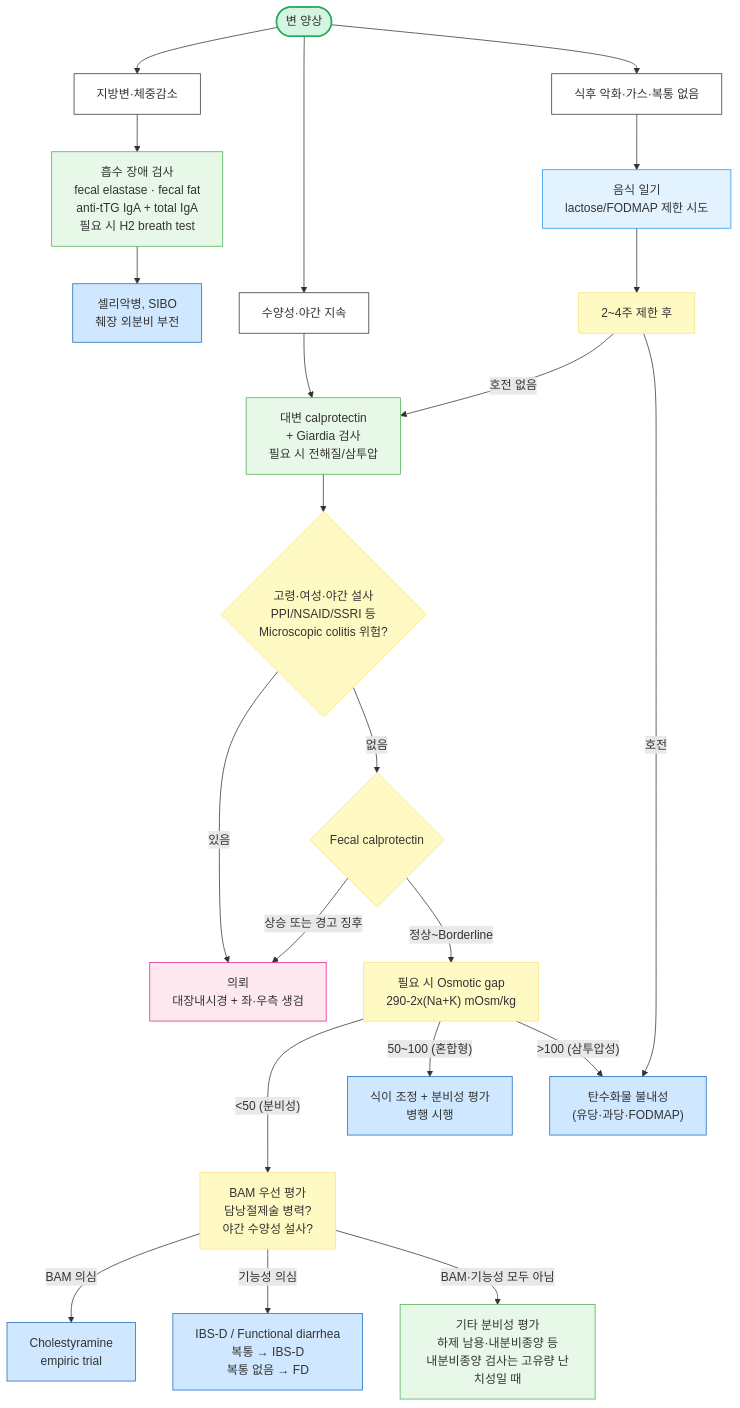
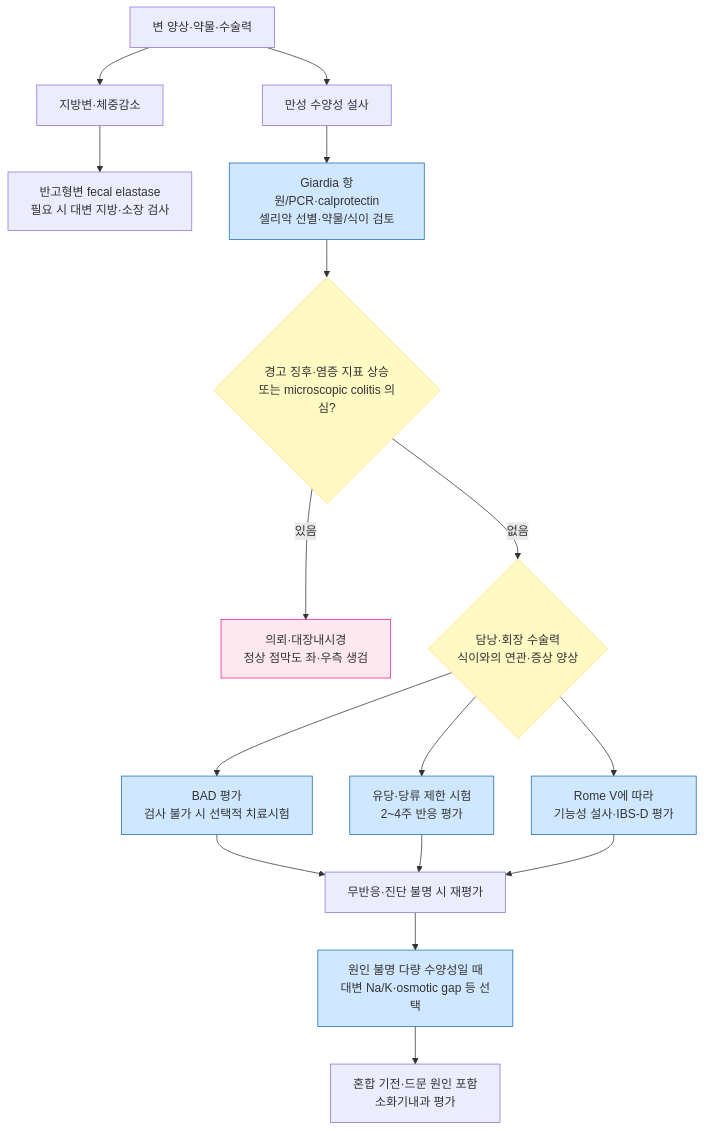
One commit to familyoh77/familyoh77 changed the second of 2 diagrams in 224_/084_-chronic-diarrhea.md. Above: the diagram before and after it, drawn with Mermaid. The commit also changed other lines of this file and 13 other files, not shown here.

````diff
--- a/224_/084_-chronic-diarrhea.md
+++ b/224_/084_-chronic-diarrhea.md
@@ -213,34 +217,23 @@
 ```mermaid
 graph TD
-    Phenotype(["변 양상"]) --> A["지방변·체중감소"] --> Malabs["흡수 장애 검사<br/>fecal elastase · fecal fat<br/>anti-tTG IgA + total IgA<br/>필요 시 H2 breath test"]
-    Phenotype --> B["수양성·야간 지속"] --> WateryDD["대변 calprotectin<br/>+ Giardia 검사<br/>필요 시 전해질/삼투압"]
-    Phenotype --> C["식후 악화·가스·복통 없음"] --> OsmoDD["음식 일기<br/>lactose/FODMAP 제한 시도"]
-    OsmoDD --> OsmoResult["2~4주 제한 후"]
-    OsmoResult -- "호전 없음" --> WateryDD
-    Malabs --> MalabsDx["셀리악병, SIBO<br/>췌장 외분비 부전"]
-    WateryDD --> MCRisk{"고령·여성·야간 설사<br/>PPI/NSAID/SSRI 등<br/>Microscopic colitis 위험?"}
-    MCRisk -- "있음" --> IBDRef["의뢰<br/>대장내시경 + 좌·우측 생검"]
-    MCRisk -- "없음" --> FCResult{"Fecal calprotectin"}
-    FCResult -- "상승 또는 경고 징후" --> IBDRef
-    FCResult -- "정상~Borderline" --> OsmoGap["필요 시 Osmotic gap<br/>290-2x(Na+K) mOsm/kg"]
-    OsmoGap -- "<50 (분비성)" ---> BAMFirst["BAM 우선 평가<br/>담낭절제술 병력?<br/>야간 수양성 설사?"]
-    BAMFirst -- "BAM 의심" --> CholTrial["Cholestyramine<br/>empiric trial"]
-    BAMFirst -- "기능성 의심" --> Functional["IBS-D / Functional diarrhea<br/>복통 → IBS-D<br/>복통 없음 → FD"]
-    BAMFirst -- "BAM·기능성 모두 아님" --> Secretory2["기타 분비성 평가<br/>하제 남용·내분비종양 등<br/>내분비종양 검사는 고유량 난치성일 때"]
-    OsmoGap -- "50~100 (혼합형)" --> MixedEval["식이 조정 + 분비성 평가<br/>병행 시행"]
-    OsmoResult -- "호전" --> OsmoDx["탄수화물 불내성<br/>(유당·과당·FODMAP)"]
-    OsmoGap -- ">100 (삼투압성)" --> OsmoDx
-classDef white fill:#fff,stroke:#333
-class A,B,C white
-style Phenotype fill:#d5f5e3,stroke:#27ae60,stroke-width:2px
+    Phenotype["변 양상·약물·수술력"] --> A["지방변·체중감소"]
+    A --> Malabs["반고형변 fecal elastase<br/>필요 시 대변 지방·소장 검사"]
+    Phenotype --> Watery["만성 수양성 설사"]
+    Watery --> Initial["Giardia 항원/PCR·calprotectin<br/>셀리악 선별·약물/식이 검토"]
+    Initial --> Alarm{"경고 징후·염증 지표 상승<br/>또는 microscopic colitis 의심?"}
+    Alarm -->|있음| Scope["의뢰·대장내시경<br/>정상 점막도 좌·우측 생검"]
+    Alarm -->|없음| Risks{"담낭·회장 수술력<br/>식이와의 연관·증상 양상"}
+    Risks --> BAD["BAD 평가<br/>검사 불가 시 선택적 치료시험"]
+    Risks --> Diet["유당·당류 제한 시험<br/>2~4주 반응 평가"]
+    Risks --> Functional["Rome V에 따라<br/>기능성 설사·IBS-D 평가"]
+    BAD --> Review["무반응·진단 불명 시 재평가"]
+    Diet --> Review
+    Functional --> Review
+    Review --> Extra["원인 불명 다량 수양성일 때<br/>대변 Na/K·osmotic gap 등 선택"]
+    Extra --> Referral["혼합 기전·드문 원인 포함<br/>소화기내과 평가"]
+classDef yellow fill:#fff9c4,stroke:#ffe082
+class Alarm,Risks yellow
 classDef blue fill:#d0e8ff,stroke:#1a6abf
-class MalabsDx,OsmoDx,MixedEval,CholTrial,Functional blue
-classDef pink fill:#fde8f0,stroke:#e91e8c
-class IBDRef pink
-classDef lightGreen fill:#e8f8e8,stroke:#4caf50
-class Secretory2,Malabs,WateryDD lightGreen
-classDef sky fill:#e3f2ff,stroke:#2196f3
-class OsmoDD sky
-classDef yellow fill:#fff9c4,stroke:#ffe082
-class OsmoResult,OsmoGap,BAMFirst,MCRisk,FCResult yellow
+class Initial,BAD,Diet,Functional,Extra blue
+style Scope fill:#fde8f0,stroke:#e91e8c
 ```
````
